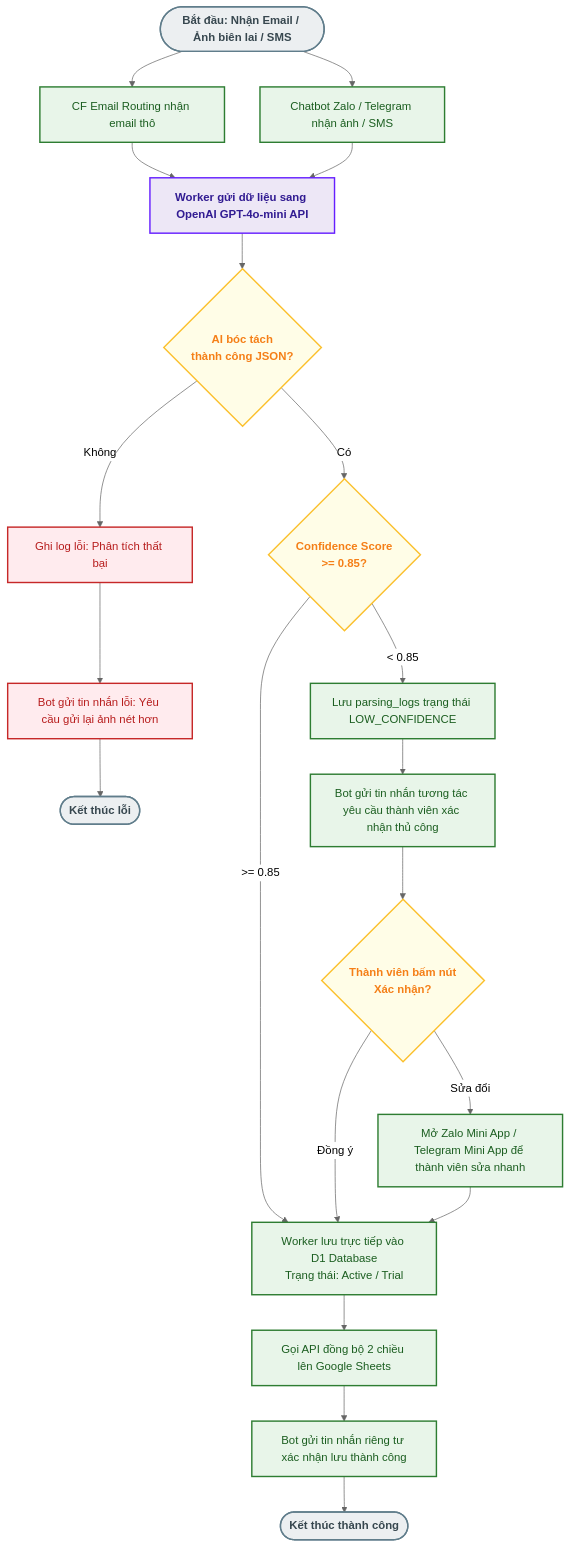
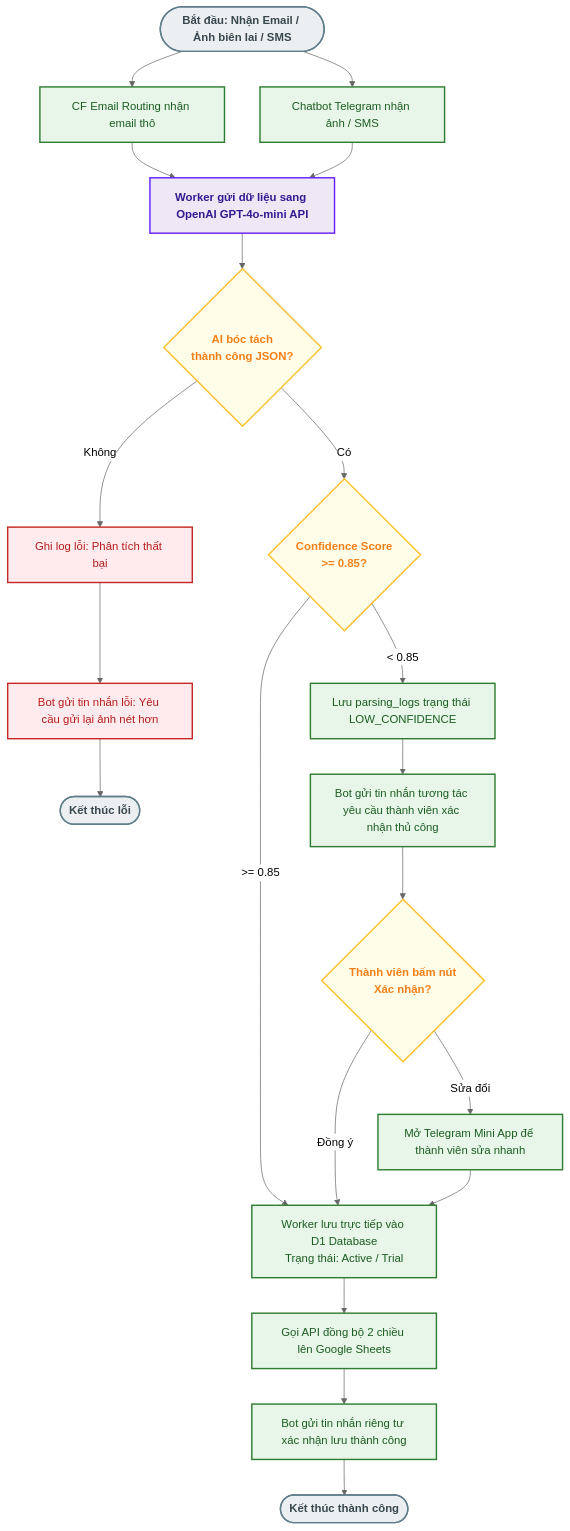
One commit to trinhquocthinh/Subsentry changed the first of 2 diagrams in docs/model-flowchart.md. Above: the diagram before and after it, drawn with Mermaid (neutral theme). The commit also changed 30 other files, not shown here.

Commit message:
feat:Epic 7 — Tích Hợp Telegram Bot

````diff
--- a/docs/model-flowchart.md
+++ b/docs/model-flowchart.md
@@ -13,64 +13,64 @@
 ```mermaid
 flowchart TD
     %% Styling
     classDef start_end fill:#ECEFF1,stroke:#607D8B,stroke-width:2px,color:#37474F,font-weight:bold;
     classDef step fill:#E8F5E9,stroke:#2E7D32,stroke-width:2px,color:#1B5E20;
     classDef ai fill:#EDE7F6,stroke:#651FFF,stroke-width:2px,color:#311B92,font-weight:bold;
     classDef decision fill:#FFFDE7,stroke:#FBC02D,stroke-width:2px,color:#F57F17,font-weight:bold;
     classDef error fill:#FFEBEE,stroke:#C62828,stroke-width:2px,color:#B71C1C;
 
     %% Nodes
     START([Bắt đầu: Nhận Email / Ảnh biên lai / SMS]):::start_end
 
     REC_EMAIL[CF Email Routing nhận email thô]:::step
-    REC_BOT[Chatbot Zalo / Telegram nhận ảnh / SMS]:::step
+    REC_BOT[Chatbot Telegram nhận ảnh / SMS]:::step
 
     PARSER[Worker gửi dữ liệu sang OpenAI GPT-4o-mini API]:::ai
 
     CHECK_JSON{AI bóc tách<br>thành công JSON?}:::decision
 
     ERR_FORMAT[Ghi log lỗi: Phân tích thất bại]:::error
     MSG_ERR[Bot gửi tin nhắn lỗi: Yêu cầu gửi lại ảnh nét hơn]:::error
 
     CONF_CHECK{Confidence Score<br>>= 0.85?}:::decision
 
     SAVE_D1[Worker lưu trực tiếp vào D1 Database<br>Trạng thái: Active / Trial]:::step
     SYNC_SHEETS[Gọi API đồng bộ 2 chiều lên Google Sheets]:::step
     MSG_OK[Bot gửi tin nhắn riêng tư xác nhận lưu thành công]:::step
 
     LOG_LOW[Lưu parsing_logs trạng thái LOW_CONFIDENCE]:::step
     MSG_CONFIRM[Bot gửi tin nhắn tương tác yêu cầu thành viên xác nhận thủ công]:::step
 
     USER_RESP{Thành viên bấm nút<br>Xác nhận?}:::decision
 
-    USER_EDIT[Mở Zalo Mini App / Telegram Mini App để thành viên sửa nhanh]:::step
+    USER_EDIT[Mở Telegram Mini App để thành viên sửa nhanh]:::step
 
     %% Flow lines
     START --> REC_EMAIL
     START --> REC_BOT
 
     REC_EMAIL --> PARSER
     REC_BOT --> PARSER
 
     PARSER --> CHECK_JSON
 
     CHECK_JSON -- Không --> ERR_FORMAT
     ERR_FORMAT --> MSG_ERR
     MSG_ERR --> END_ERR([Kết thúc lỗi]):::start_end
 
     CHECK_JSON -- Có --> CONF_CHECK
 
     CONF_CHECK -- >= 0.85 --> SAVE_D1
     SAVE_D1 --> SYNC_SHEETS
     SYNC_SHEETS --> MSG_OK
     MSG_OK --> END_OK([Kết thúc thành công]):::start_end
 
     CONF_CHECK -- < 0.85 --> LOG_LOW
     LOG_LOW --> MSG_CONFIRM
 
     MSG_CONFIRM --> USER_RESP
 
     USER_RESP -- Đồng ý --> SAVE_D1
     USER_RESP -- Sửa đổi --> USER_EDIT
     USER_EDIT --> SAVE_D1
 ```
````
